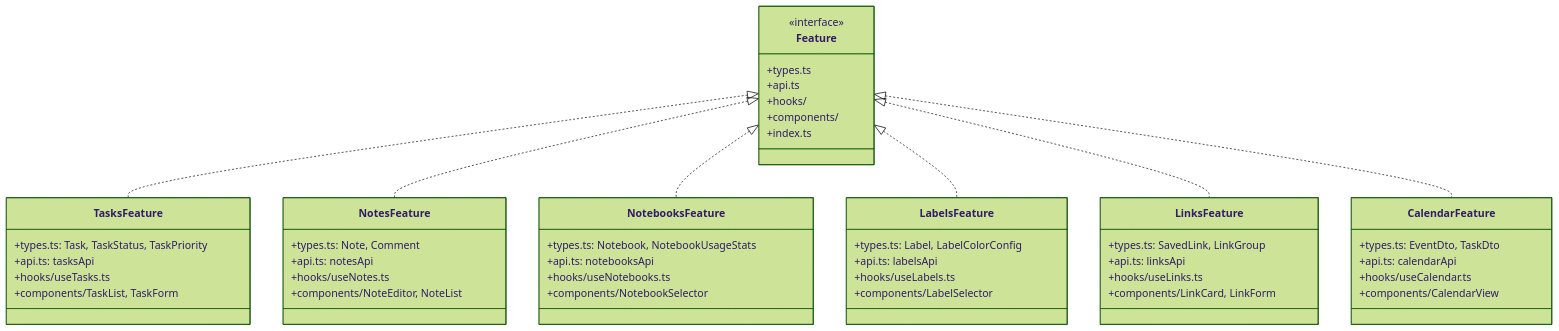
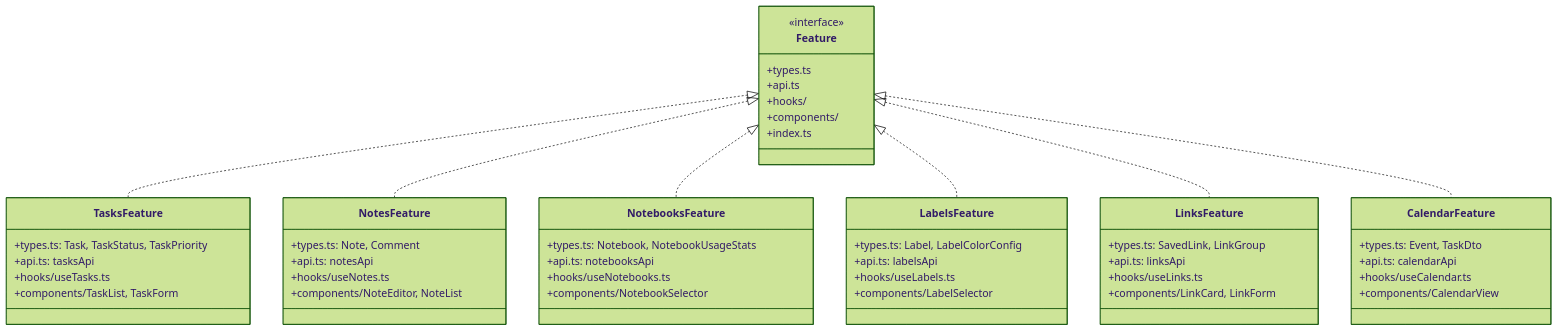
The second of 3 diagrams in docs/uml/features-diagram.md (Landrytido/MWC-frontend), drawn with Mermaid (forest theme) before and after one commit. The commit also changed other lines of this file and 2 other files, not shown here.

Commit message:
refactor: mettre à jour les diagrammes UML pour refléter les changements de types et de routes

````diff
--- a/docs/uml/features-diagram.md
+++ b/docs/uml/features-diagram.md
@@ -69,60 +69,60 @@
 ```mermaid
 classDiagram
     class Feature {
         <<interface>>
         +types.ts
         +api.ts
         +hooks/
         +components/
         +index.ts
     }
 
     class TasksFeature {
         +types.ts: Task, TaskStatus, TaskPriority
         +api.ts: tasksApi
         +hooks/useTasks.ts
         +components/TaskList, TaskForm
     }
 
     class NotesFeature {
         +types.ts: Note, Comment
         +api.ts: notesApi
         +hooks/useNotes.ts
         +components/NoteEditor, NoteList
     }
 
     class NotebooksFeature {
         +types.ts: Notebook, NotebookUsageStats
         +api.ts: notebooksApi
         +hooks/useNotebooks.ts
         +components/NotebookSelector
     }
 
     class LabelsFeature {
         +types.ts: Label, LabelColorConfig
         +api.ts: labelsApi
         +hooks/useLabels.ts
         +components/LabelSelector
     }
 
     class LinksFeature {
         +types.ts: SavedLink, LinkGroup
         +api.ts: linksApi
         +hooks/useLinks.ts
         +components/LinkCard, LinkForm
     }
 
     class CalendarFeature {
-        +types.ts: EventDto, TaskDto
+        +types.ts: Event, TaskDto
         +api.ts: calendarApi
         +hooks/useCalendar.ts
         +components/CalendarView
     }
 
     Feature <|.. TasksFeature
     Feature <|.. NotesFeature
     Feature <|.. NotebooksFeature
     Feature <|.. LabelsFeature
     Feature <|.. LinksFeature
     Feature <|.. CalendarFeature
 ```
````
